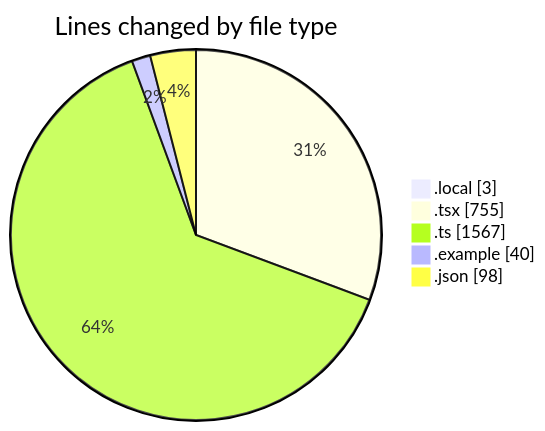
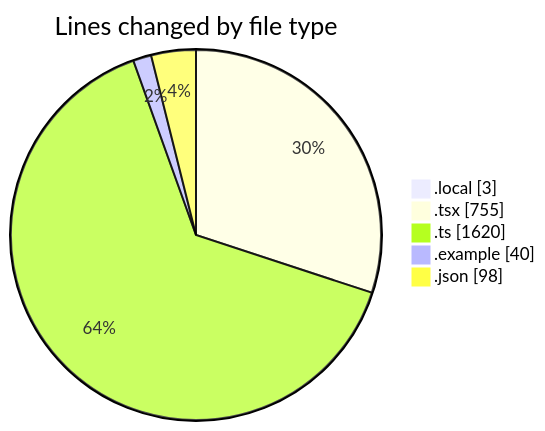
One commit to julien-gomy/code-tracking changed the first of 2 diagrams in 2025-11-20/eventscop-frontend-guide__workspace_/README.md. Above: the diagram before and after it, drawn with Mermaid. The commit also changed other lines of this file and 1 other file, not shown here.

````diff
--- a/2025-11-20/eventscop-frontend-guide__workspace_/README.md
+++ b/2025-11-20/eventscop-frontend-guide__workspace_/README.md
@@ -48,9 +49,9 @@
 ```mermaid
 pie showData
 title Lines changed by file type
 ".local" : 3
 ".tsx" : 755
-".ts" : 1567
+".ts" : 1620
 ".example" : 40
 ".json" : 98
 ```
````
